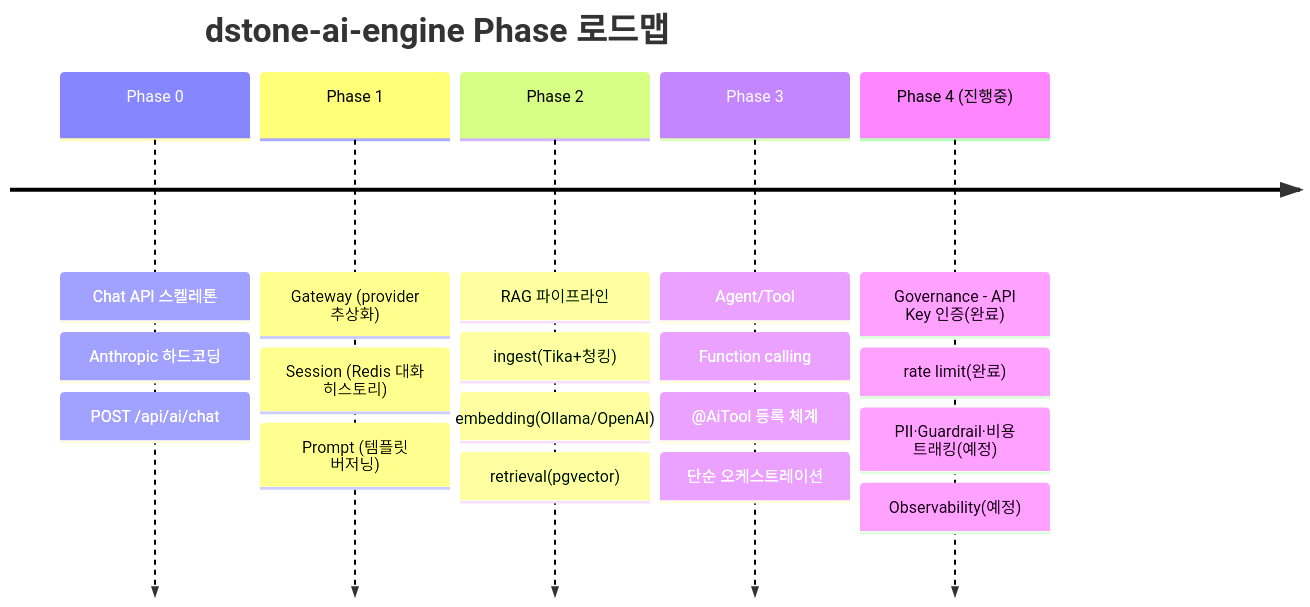
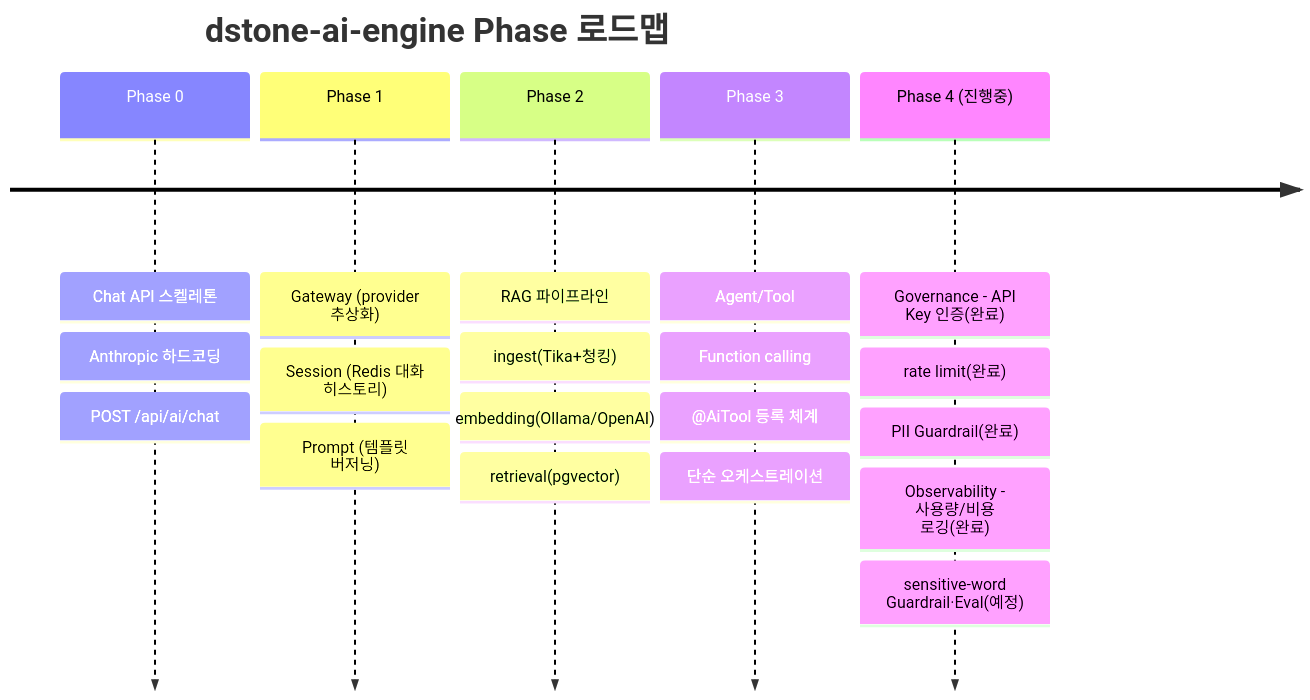
Before and after one commit to YongSoekChoeng/dstone: the first of 13 diagrams in docs/09.dstone-ai-engine.md, drawn with Mermaid. The commit also changed other lines of this file and 14 other files, not shown here.

````diff
--- a/docs/09.dstone-ai-engine.md
+++ b/docs/09.dstone-ai-engine.md
@@ -128,9 +139,9 @@
 ```mermaid
 timeline
     title dstone-ai-engine Phase 로드맵
     Phase 0 : Chat API 스켈레톤 : Anthropic 하드코딩 : POST /api/ai/chat
     Phase 1 : Gateway (provider 추상화) : Session (Redis 대화 히스토리) : Prompt (템플릿 버저닝)
     Phase 2 : RAG 파이프라인 : ingest(Tika+청킹) : embedding(Ollama/OpenAI) : retrieval(pgvector)
     Phase 3 : Agent/Tool : Function calling : @AiTool 등록 체계 : 단순 오케스트레이션
-    Phase 4 (진행중) : Governance - API Key 인증(완료) : rate limit(완료) : PII·Guardrail·비용 트래킹(예정) : Observability(예정)
+    Phase 4 (진행중) : Governance - API Key 인증(완료) : rate limit(완료) : PII Guardrail(완료) : Observability - 사용량/비용 로깅(완료) : sensitive-word Guardrail·Eval(예정)
 ```
````
